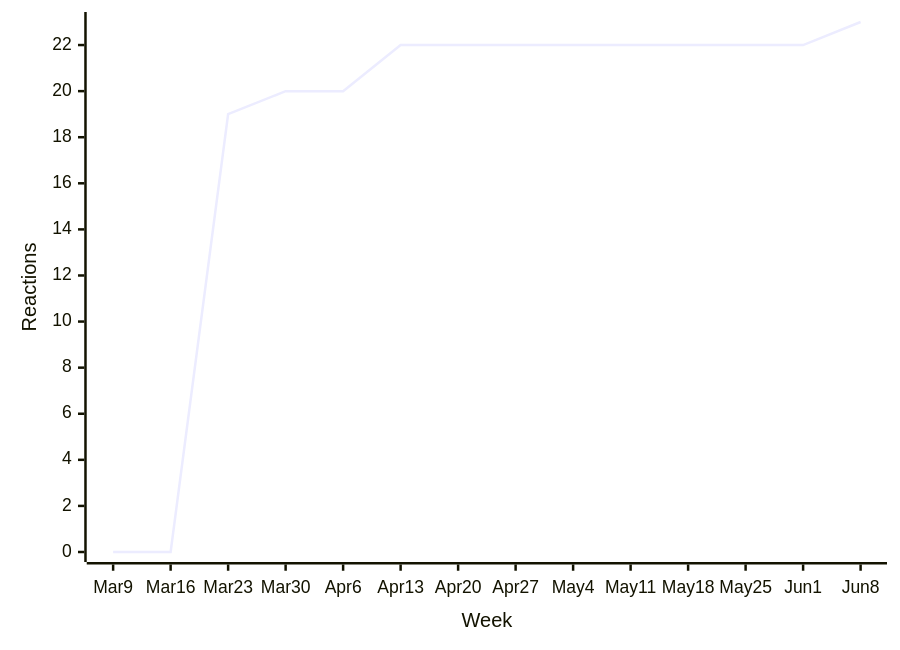
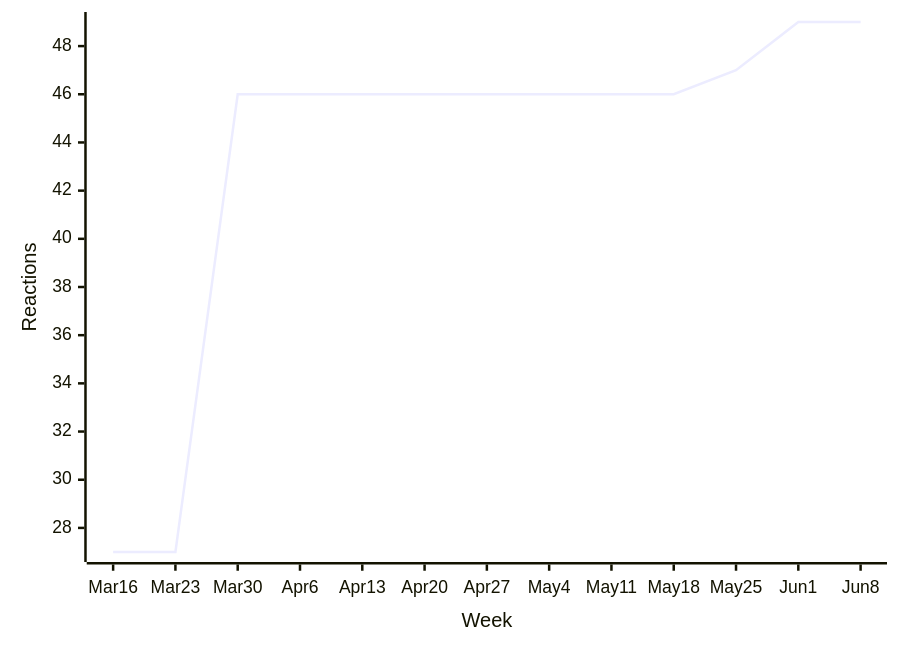
One commit to loic-sharma/github-insights changed the seventh of 45 diagrams in README.md. Above: the diagram before and after it, drawn with Mermaid. The commit also changed other lines of this file and 3 other files, not shown here.

````diff
--- a/README.md
+++ b/README.md
@@ -441,6 +441,6 @@
   ```mermaid
   xychart-beta
-    x-axis "Week" [Mar 9, Mar 16, Mar 23, Mar 30, Apr 6, Apr 13, Apr 20, Apr 27, May 4, May 11, May 18, May 25, Jun 1, Jun 8]
+    x-axis "Week" [Mar 16, Mar 23, Mar 30, Apr 6, Apr 13, Apr 20, Apr 27, May 4, May 11, May 18, May 25, Jun 1, Jun 8]
     y-axis "Reactions"
-    line [0, 0, 19, 20, 20, 22, 22, 22, 22, 22, 22, 22, 22, 23]
+    line [27, 27, 46, 46, 46, 46, 46, 46, 46, 46, 47, 49, 49]
   ```
````
